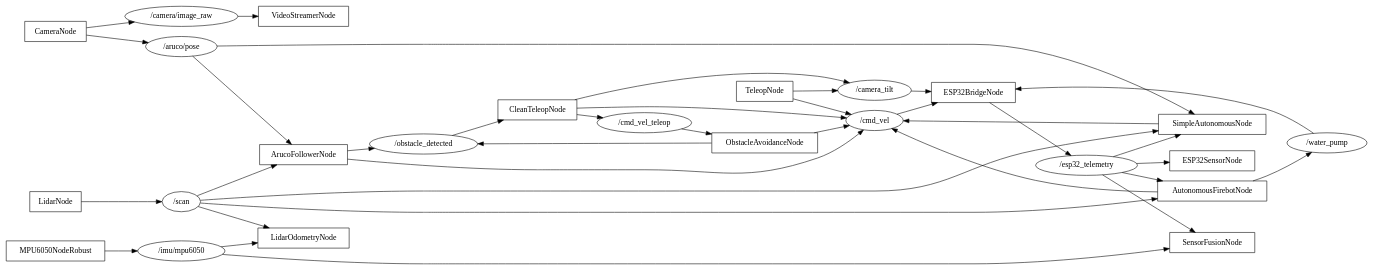
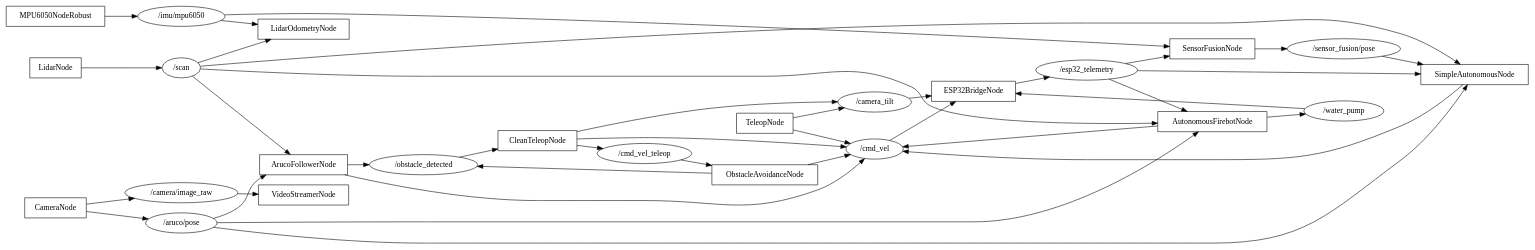
One commit to sabarixr/PyroPatrol-ROS changed the diagram in ros_graph_filtered.dot. Above: the diagram before and after it, drawn with Graphviz. The commit also changed 2 other files, not shown here.

```diff
--- a/ros_graph_filtered.dot
+++ b/ros_graph_filtered.dot
@@ -1,63 +1,65 @@
 digraph ros {
   rankdir=LR;
   node [shape=box];
   "TeleopNode" [shape=box];
   "CleanTeleopNode" [shape=box];
   "ESP32BridgeNode" [shape=box];
   "VideoStreamerNode" [shape=box];
   "SimpleAutonomousNode" [shape=box];
   "ArucoFollowerNode" [shape=box];
   "AutonomousFirebotNode" [shape=box];
   "CameraNode" [shape=box];
   "LidarOdometryNode" [shape=box];
   "MPU6050NodeRobust" [shape=box];
   "ObstacleAvoidanceNode" [shape=box];
   "SensorFusionNode" [shape=box];
-  "ESP32SensorNode" [shape=box];
   "LidarNode" [shape=box];
   "/cmd_vel" [shape=oval];
   "ArucoFollowerNode" -> "/cmd_vel";
   "AutonomousFirebotNode" -> "/cmd_vel";
+  "TeleopNode" -> "/cmd_vel";
+  "CleanTeleopNode" -> "/cmd_vel";
+  "ObstacleAvoidanceNode" -> "/cmd_vel";
   "SimpleAutonomousNode" -> "/cmd_vel";
-  "TeleopNode" -> "/cmd_vel";
-  "ObstacleAvoidanceNode" -> "/cmd_vel";
-  "CleanTeleopNode" -> "/cmd_vel";
   "/cmd_vel" -> "ESP32BridgeNode";
   "/cmd_vel_teleop" [shape=oval];
   "CleanTeleopNode" -> "/cmd_vel_teleop";
   "/cmd_vel_teleop" -> "ObstacleAvoidanceNode";
   "/camera_tilt" [shape=oval];
+  "TeleopNode" -> "/camera_tilt";
   "CleanTeleopNode" -> "/camera_tilt";
-  "TeleopNode" -> "/camera_tilt";
   "/camera_tilt" -> "ESP32BridgeNode";
   "/obstacle_detected" [shape=oval];
   "ArucoFollowerNode" -> "/obstacle_detected";
   "ObstacleAvoidanceNode" -> "/obstacle_detected";
   "/obstacle_detected" -> "CleanTeleopNode";
   "/esp32_telemetry" [shape=oval];
   "ESP32BridgeNode" -> "/esp32_telemetry";
+  "/esp32_telemetry" -> "SensorFusionNode";
+  "/esp32_telemetry" -> "AutonomousFirebotNode";
   "/esp32_telemetry" -> "SimpleAutonomousNode";
-  "/esp32_telemetry" -> "SensorFusionNode";
-  "/esp32_telemetry" -> "ESP32SensorNode";
-  "/esp32_telemetry" -> "AutonomousFirebotNode";
   "/water_pump" [shape=oval];
   "AutonomousFirebotNode" -> "/water_pump";
   "/water_pump" -> "ESP32BridgeNode";
   "/camera/image_raw" [shape=oval];
   "CameraNode" -> "/camera/image_raw";
   "/camera/image_raw" -> "VideoStreamerNode";
   "/scan" [shape=oval];
   "LidarNode" -> "/scan";
-  "/scan" -> "SimpleAutonomousNode";
   "/scan" -> "ArucoFollowerNode";
   "/scan" -> "LidarOdometryNode";
   "/scan" -> "AutonomousFirebotNode";
+  "/scan" -> "SimpleAutonomousNode";
   "/aruco/pose" [shape=oval];
   "CameraNode" -> "/aruco/pose";
+  "/aruco/pose" -> "ArucoFollowerNode";
+  "/aruco/pose" -> "AutonomousFirebotNode";
   "/aruco/pose" -> "SimpleAutonomousNode";
-  "/aruco/pose" -> "ArucoFollowerNode";
+  "/sensor_fusion/pose" [shape=oval];
+  "SensorFusionNode" -> "/sensor_fusion/pose";
+  "/sensor_fusion/pose" -> "SimpleAutonomousNode";
   "/imu/mpu6050" [shape=oval];
   "MPU6050NodeRobust" -> "/imu/mpu6050";
+  "/imu/mpu6050" -> "SensorFusionNode";
   "/imu/mpu6050" -> "LidarOdometryNode";
-  "/imu/mpu6050" -> "SensorFusionNode";
 }
```
